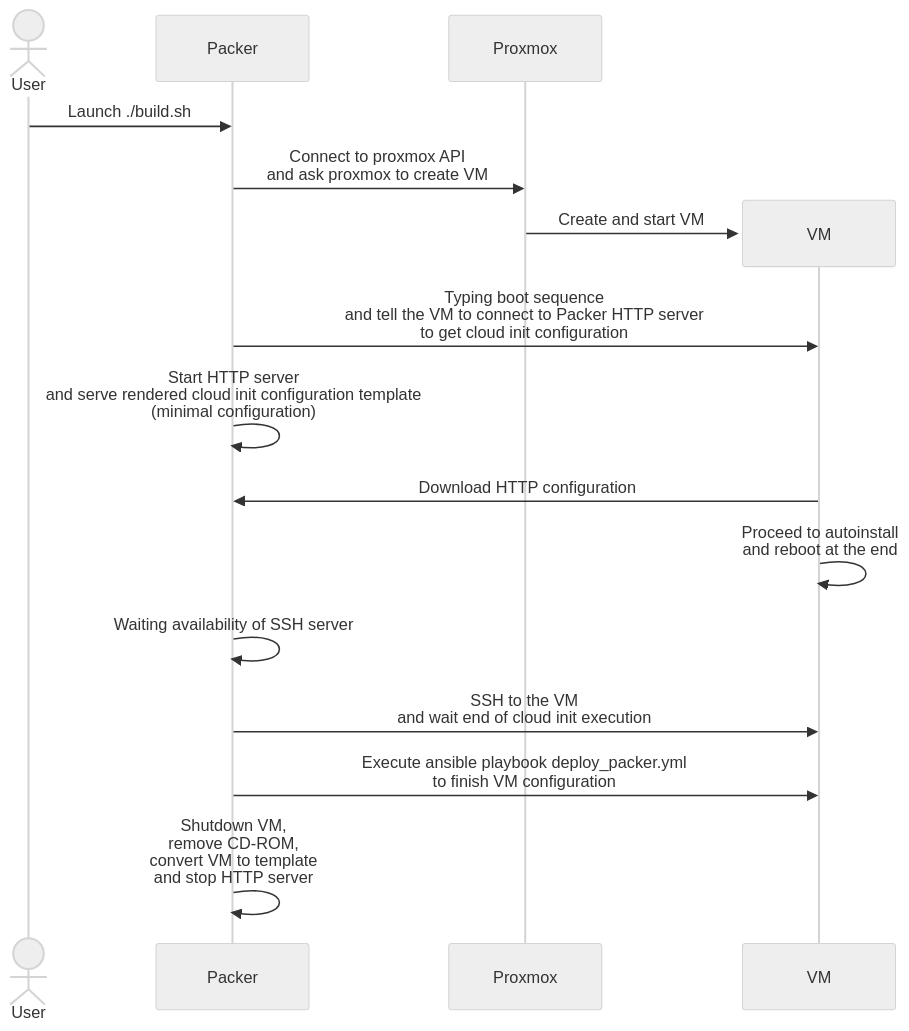
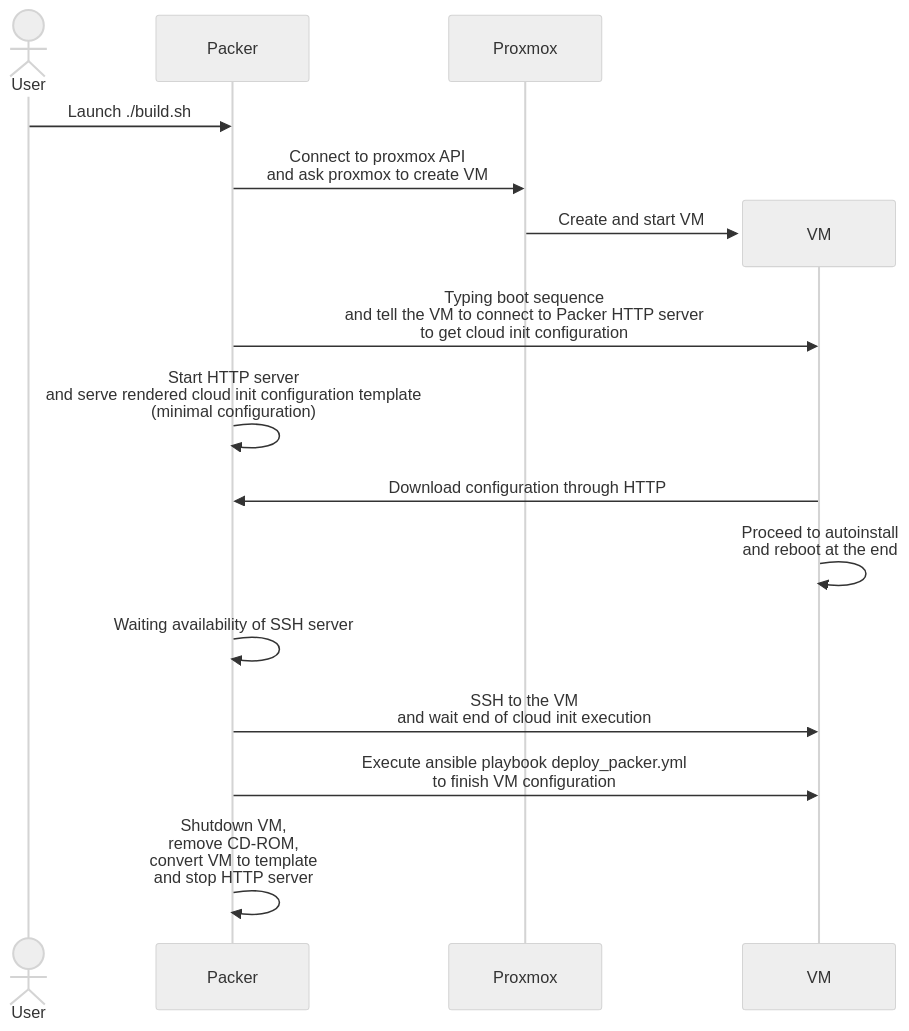
The diagram in docs/guide/packer/index.md (M0NsTeRRR/homelabv3-infra), drawn with Mermaid (neutral theme) before and after one commit. The commit also changed other lines of this file, not shown here.

Commit message:
fix: packer documentation

````diff
--- a/docs/guide/packer/index.md
+++ b/docs/guide/packer/index.md
@@ -17,16 +17,16 @@
 ```mermaid
 sequenceDiagram
     actor User
     User->>Packer: Launch ./build.sh
     Packer->>Proxmox: Connect to proxmox API<br>and ask proxmox to create VM
     create participant VM
     Proxmox->>VM: Create and start VM
     Packer->>VM: Typing boot sequence<br>and tell the VM to connect to Packer HTTP server<br>to get cloud init configuration
     Packer->>Packer: Start HTTP server<br>and serve rendered cloud init configuration template<br>(minimal configuration)
-    VM->>Packer: Download HTTP configuration
+    VM->>Packer: Download configuration through HTTP
     VM->>VM: Proceed to autoinstall<br>and reboot at the end
     Packer->>Packer: Waiting availability of SSH server
     Packer->>VM: SSH to the VM<br> and wait end of cloud init execution
     Packer->>VM: Execute ansible playbook deploy_packer.yml<br>to finish VM configuration
     Packer->>Packer: Shutdown VM,<br>remove CD-ROM,<br>convert VM to template<br>and stop HTTP server
 ```
````
